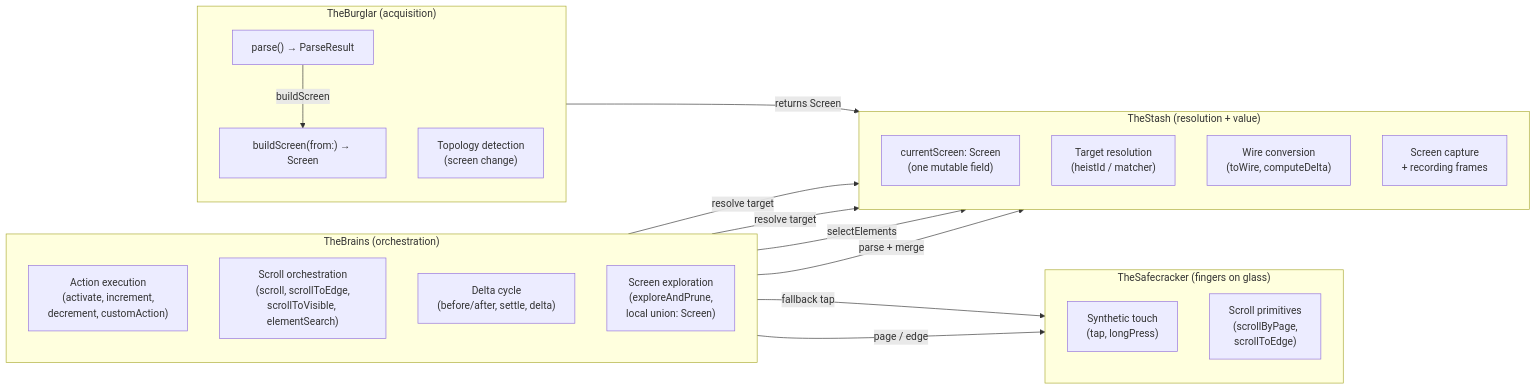
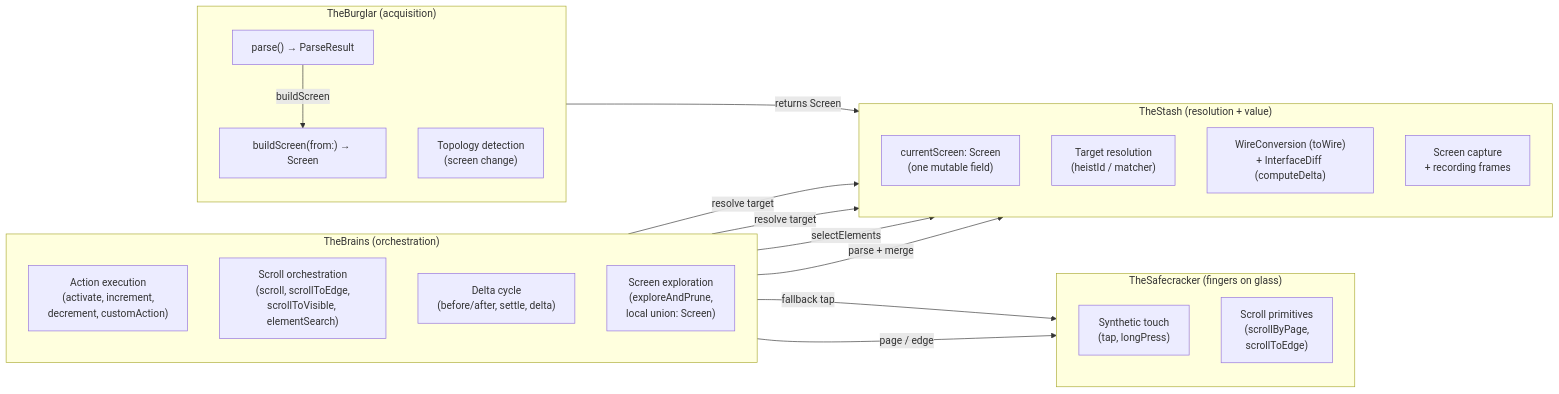
The first of 2 diagrams in docs/dossiers/11-THESTASH.md (RoyalPineapple/TheButtonHeist), drawn with Mermaid before and after one commit. The commit also changed other lines of this file and 13 other files, not shown here.

````diff
--- a/docs/dossiers/11-THESTASH.md
+++ b/docs/dossiers/11-THESTASH.md
@@ -67,40 +67,40 @@
 ```mermaid
 flowchart LR
     subgraph TheBrains ["TheBrains (orchestration)"]
         direction TB
         BR1["Action execution<br/>(activate, increment,<br/>decrement, customAction)"]
         BR2["Scroll orchestration<br/>(scroll, scrollToEdge,<br/>scrollToVisible, elementSearch)"]
         BR3["Delta cycle<br/>(before/after, settle, delta)"]
         BR4["Screen exploration<br/>(exploreAndPrune,<br/>local union: Screen)"]
     end
 
     subgraph TheStash ["TheStash (resolution + value)"]
         direction TB
         B1["currentScreen: Screen<br/>(one mutable field)"]
         B2["Target resolution<br/>(heistId / matcher)"]
-        B3["Wire conversion<br/>(toWire, computeDelta)"]
+        B3["WireConversion (toWire)<br/>+ InterfaceDiff (computeDelta)"]
         B6["Screen capture<br/>+ recording frames"]
     end
 
     subgraph TheBurglar ["TheBurglar (acquisition)"]
         direction TB
         BG1["parse() → ParseResult"]
         BG2["buildScreen(from:) → Screen"]
         BG3["Topology detection<br/>(screen change)"]
     end
 
     subgraph TheSafecracker ["TheSafecracker (fingers on glass)"]
         direction TB
         S1["Synthetic touch<br/>(tap, longPress)"]
         S3["Scroll primitives<br/>(scrollByPage,<br/>scrollToEdge)"]
     end
 
     BR1 -->|"resolve target"| B2
     BR2 -->|"resolve target"| B2
     BR3 -->|"selectElements"| B1
     BR4 -->|"parse + merge"| B1
     BG1 -->|"buildScreen"| BG2
     BG2 -->|"returns Screen"| B1
     BR1 -->|"fallback tap"| S1
     BR2 -->|"page / edge"| S3
 ```
````
